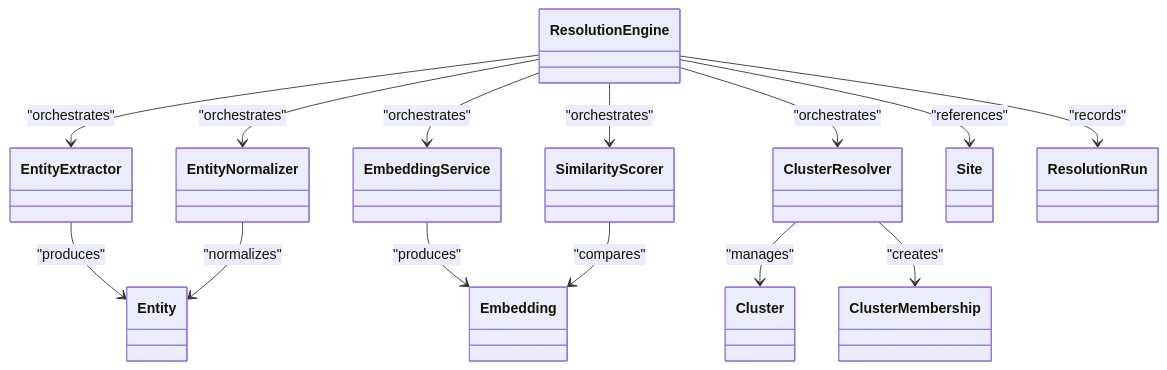
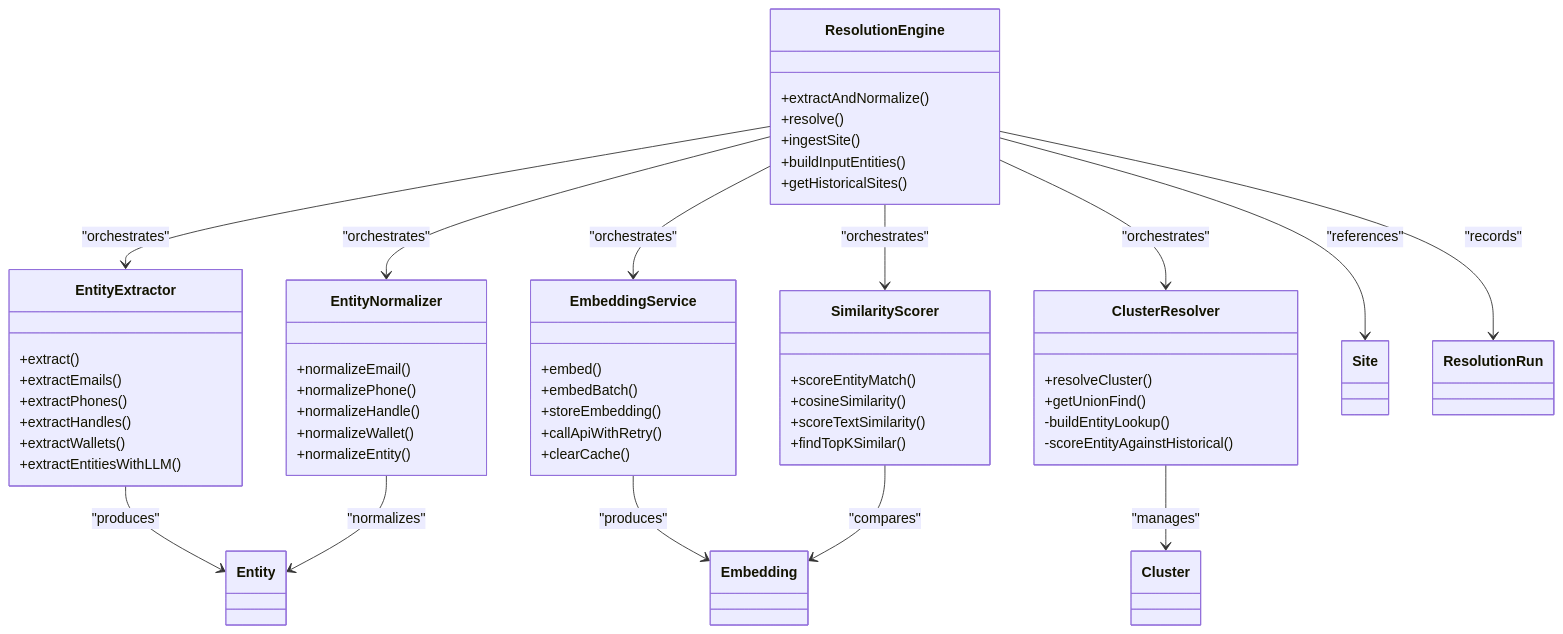
The third of 3 diagrams in .qoder/repowiki/en/content/Core Services/Core Services.md (vishnusaibhosekar/ares), drawn with Mermaid before and after one commit. The commit also changed other lines of this file and 21 other files, not shown here.

````diff
--- a/.qoder/repowiki/en/content/Core Services/Core Services.md
+++ b/.qoder/repowiki/en/content/Core Services/Core Services.md
@@ -329,28 +541,61 @@
 ```mermaid
 classDiagram
-class ResolutionEngine
-class EntityExtractor
-class EntityNormalizer
-class EmbeddingService
-class SimilarityScorer
-class ClusterResolver
+class ResolutionEngine {
++extractAndNormalize()
++resolve()
++ingestSite()
++buildInputEntities()
++getHistoricalSites()
+}
+class EntityExtractor {
++extract()
++extractEmails()
++extractPhones()
++extractHandles()
++extractWallets()
++extractEntitiesWithLLM()
+}
+class EntityNormalizer {
++normalizeEmail()
++normalizePhone()
++normalizeHandle()
++normalizeWallet()
++normalizeEntity()
+}
+class EmbeddingService {
++embed()
++embedBatch()
++storeEmbedding()
++callApiWithRetry()
++clearCache()
+}
+class SimilarityScorer {
++scoreEntityMatch()
++cosineSimilarity()
++scoreTextSimilarity()
++findTopKSimilar()
+}
+class ClusterResolver {
++resolveCluster()
++getUnionFind()
+-buildEntityLookup()
+-scoreEntityAgainstHistorical()
+}
 class Entity
 class Cluster
-class ClusterMembership
 class Embedding
 class Site
 class ResolutionRun
 ResolutionEngine --> EntityExtractor : "orchestrates"
 ResolutionEngine --> EntityNormalizer : "orchestrates"
 ResolutionEngine --> EmbeddingService : "orchestrates"
 ResolutionEngine --> SimilarityScorer : "orchestrates"
 ResolutionEngine --> ClusterResolver : "orchestrates"
 EntityExtractor --> Entity : "produces"
 EntityNormalizer --> Entity : "normalizes"
 EmbeddingService --> Embedding : "produces"
 SimilarityScorer --> Embedding : "compares"
 ClusterResolver --> Cluster : "manages"
-ClusterResolver --> ClusterMembership : "creates"
 ResolutionEngine --> ResolutionRun : "records"
 ResolutionEngine --> Site : "references"
 ```
````
